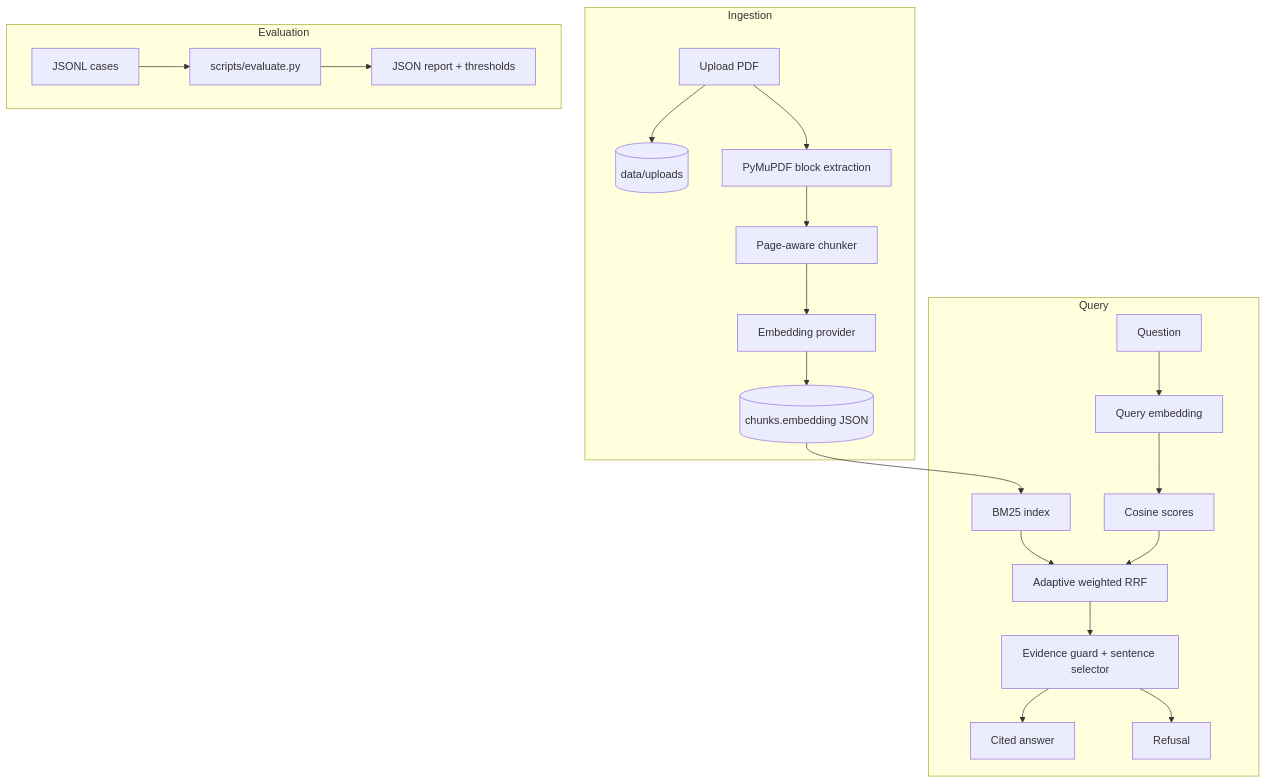
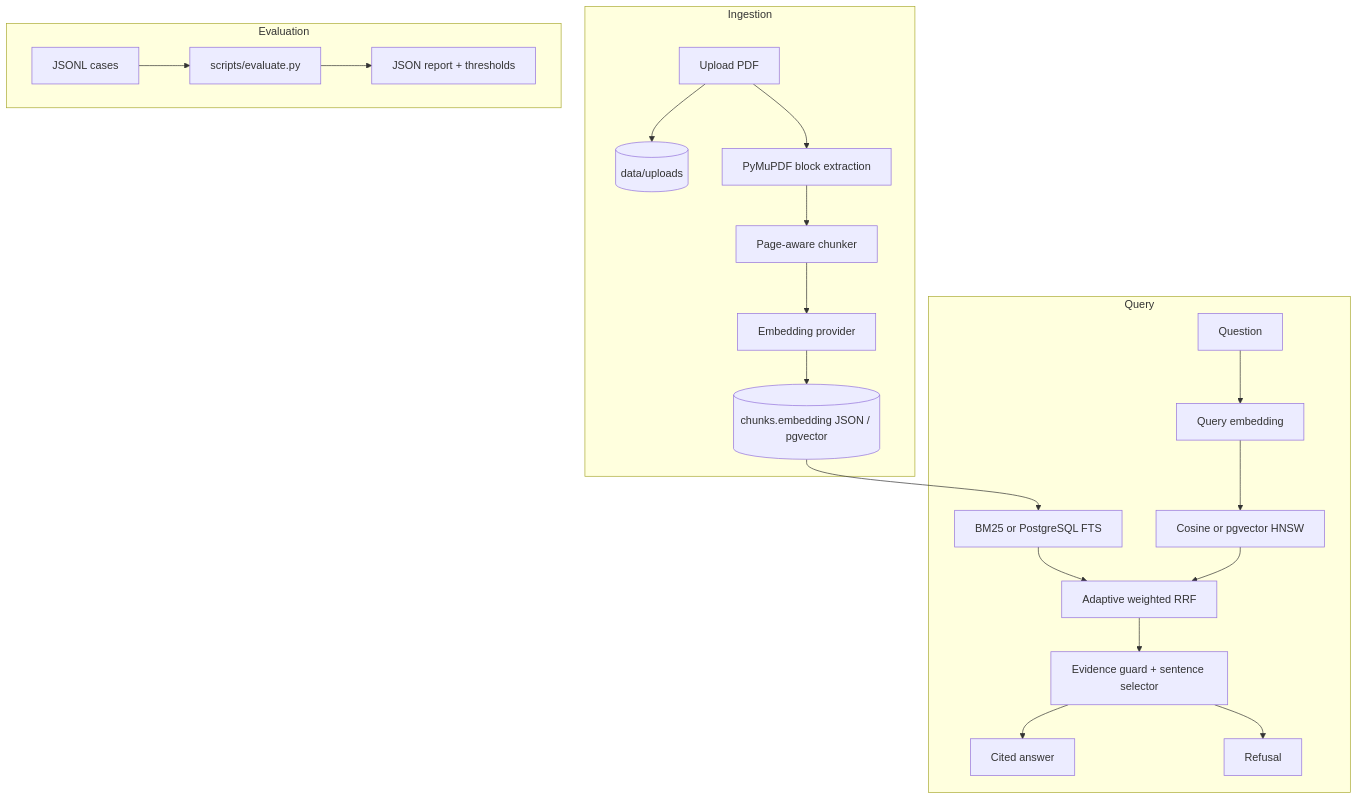
The diagram in docs/architecture.md (FerRobles616/manualiq), drawn with Mermaid before and after one commit. The commit also changed other lines of this file and 16 other files, not shown here.

````diff
--- a/docs/architecture.md
+++ b/docs/architecture.md
@@ -18,26 +18,26 @@
 ```mermaid
 flowchart TB
     subgraph Ingestion
         Upload[Upload PDF] --> StoreFile[(data/uploads)]
         Upload --> Extract[PyMuPDF block extraction]
         Extract --> Chunker[Page-aware chunker]
         Chunker --> Embedder[Embedding provider]
-        Embedder --> ChunkRows[(chunks.embedding JSON)]
+        Embedder --> ChunkRows[(chunks.embedding JSON / pgvector)]
     end
 
     subgraph Query
         Question[Question] --> QueryVector[Query embedding]
-        ChunkRows --> BM25[BM25 index]
-        QueryVector --> Cosine[Cosine scores]
+        ChunkRows --> BM25[BM25 or PostgreSQL FTS]
+        QueryVector --> Cosine[Cosine or pgvector HNSW]
         BM25 --> Fusion[Adaptive weighted RRF]
         Cosine --> Fusion
         Fusion --> Answerer[Evidence guard + sentence selector]
         Answerer --> Cited[Cited answer]
         Answerer --> Refused[Refusal]
     end
 
     subgraph Evaluation
         Dataset[JSONL cases] --> Runner[scripts/evaluate.py]
         Runner --> Report[JSON report + thresholds]
     end
 ```
````
